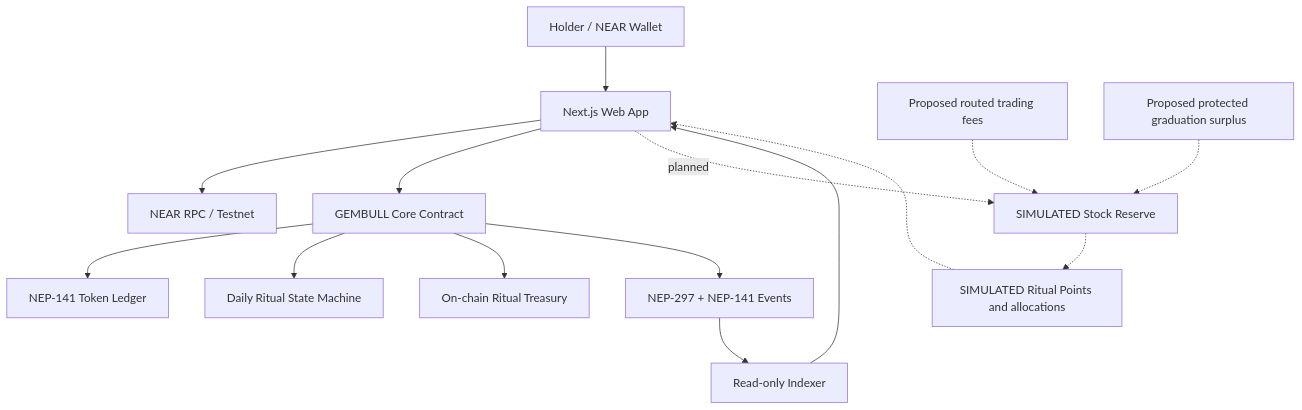
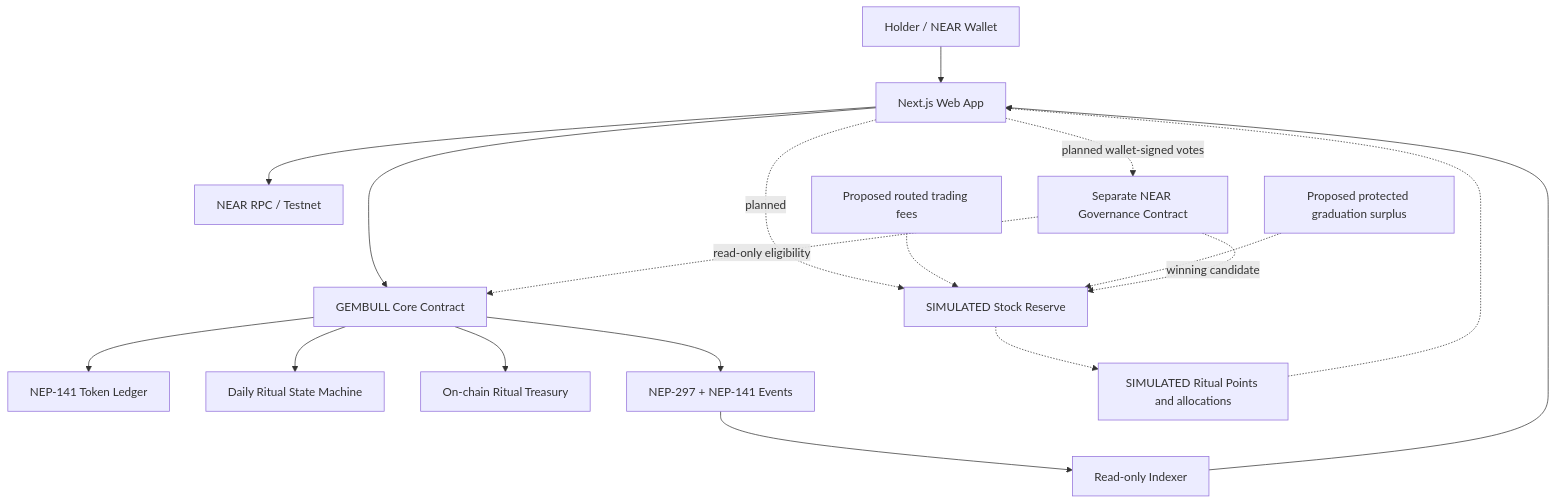
Before and after one commit to kikik27/gembull: the first of 4 diagrams in docs/TECHNICAL_ARCHITECTURE.md, drawn with Mermaid. The commit also changed other lines of this file and 21 other files, not shown here.

Commit message:
Animate roadmap drive and define community stock voting

````diff
--- a/docs/TECHNICAL_ARCHITECTURE.md
+++ b/docs/TECHNICAL_ARCHITECTURE.md
@@ -13,17 +13,20 @@
 ```mermaid
 flowchart TD
     U[Holder / NEAR Wallet] --> FE[Next.js Web App]
     FE --> RPC[NEAR RPC / Testnet]
     FE --> CORE[GEMBULL Core Contract]
     CORE --> FT[NEP-141 Token Ledger]
     CORE --> RITUAL[Daily Ritual State Machine]
     CORE --> TR[On-chain Ritual Treasury]
     CORE --> EVT[NEP-297 + NEP-141 Events]
     EVT --> IDX[Read-only Indexer]
     IDX --> FE
     FE -. planned .-> SV[SIMULATED Stock Reserve]
     RF[Proposed routed trading fees] -.-> SV
     GS[Proposed protected graduation surplus] -.-> SV
+    FE -. planned wallet-signed votes .-> GOV[Separate NEAR Governance Contract]
+    GOV -. read-only eligibility .-> CORE
+    GOV -. winning candidate .-> SV
     SV -.-> POINTS[SIMULATED Ritual Points and allocations]
     POINTS -.-> FE
 ```
````
